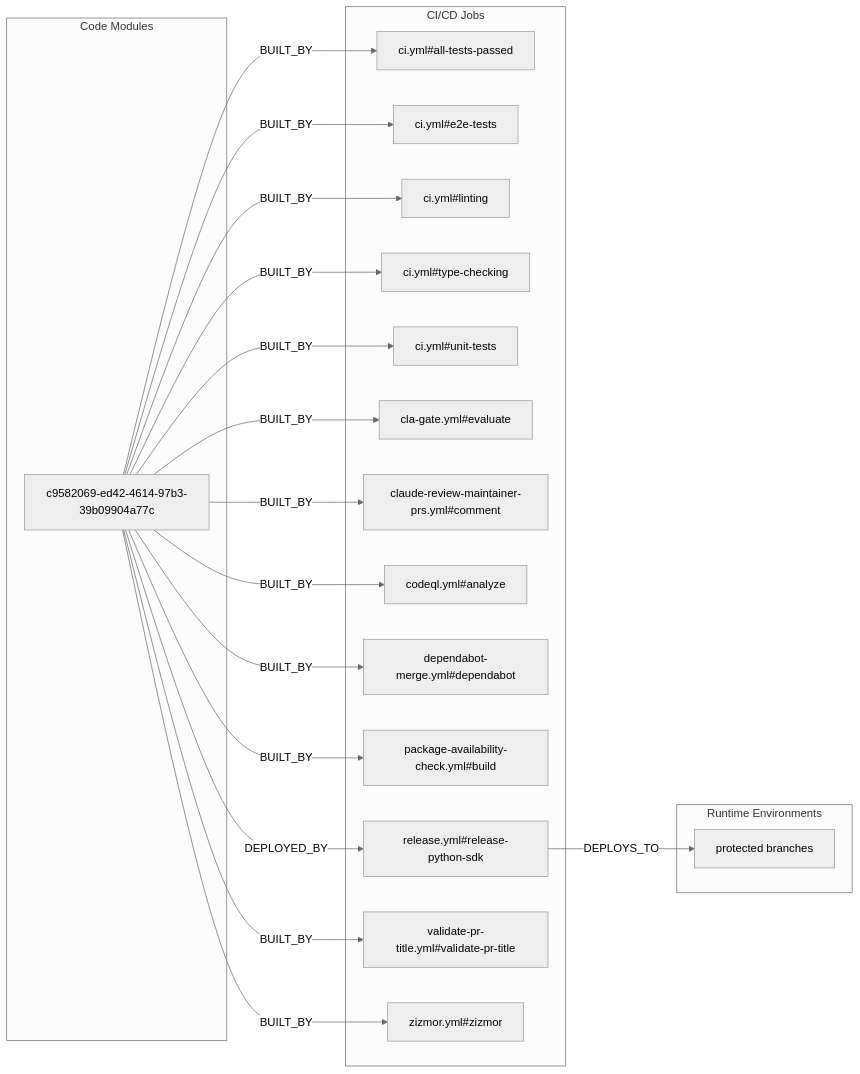
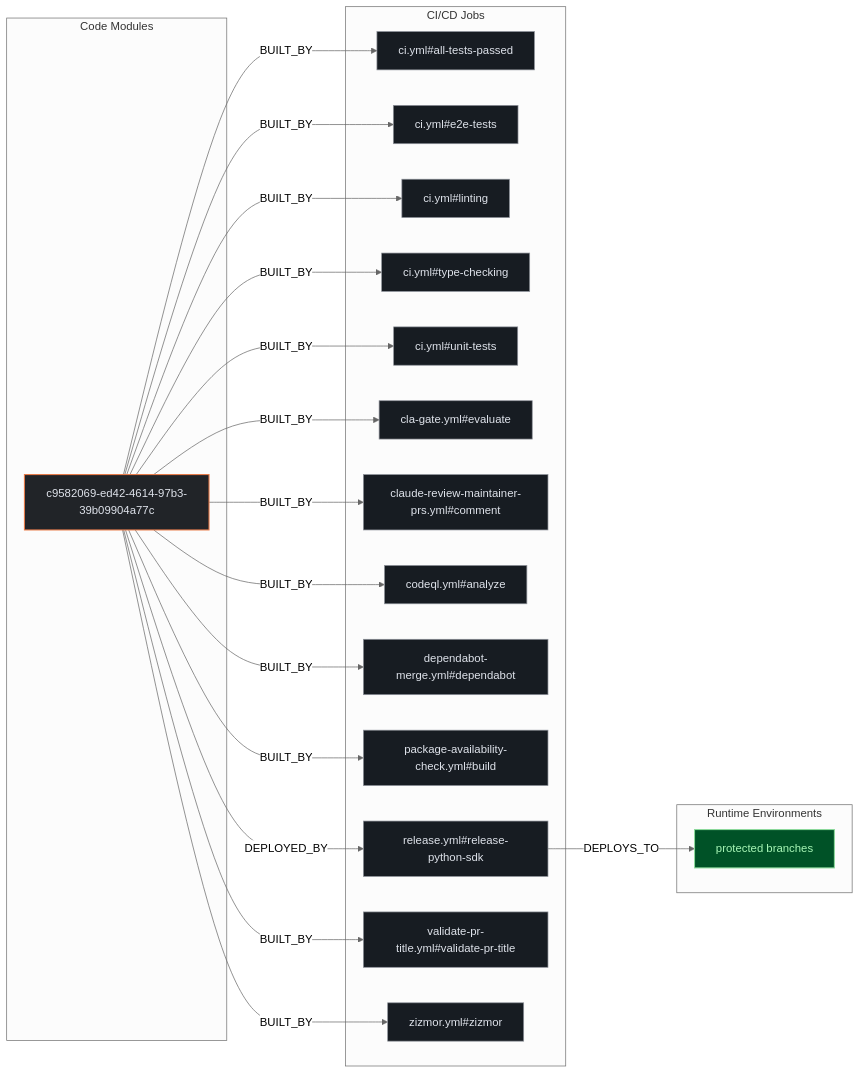
Before and after one commit to kumarshaz/atruss-code-atlas: the second of 3 diagrams in exports/latest/reports/langfuse-langfuse-python-report.md, drawn with Mermaid (neutral theme). The commit also changed other lines of this file and 331 other files, not shown here.

Commit message:
docs,ui,fix: update SDLC docs, reorder CI/CD DAG first, stylize Mermaid, and fix Arc42 pipeline topology

````diff
--- a/exports/latest/reports/langfuse-langfuse-python-report.md
+++ b/exports/latest/reports/langfuse-langfuse-python-report.md
@@ -162,38 +169,42 @@
 ```mermaid
 flowchart LR
+    classDef atlasCategory fill:#212428,stroke:#E87A48,stroke-width:1.5px,color:#dfe3eb
+    classDef atlasWorkflow fill:#1b2026,stroke:#a3c9ff,stroke-width:1.5px,color:#dfe3eb
+    classDef atlasJob fill:#171c22,stroke:#8d9199,stroke-width:1px,color:#dfe3eb
+    classDef atlasTarget fill:#005227,stroke:#8bd99b,stroke-width:1.5px,color:#a7f6b6
     subgraph code_modules["Code Modules"]
-        mod_c9582069_ed42_4614_97b3_39b09904a77c["c9582069-ed42-4614-97b3-39b09904a77c"]
+        mod_c9582069_ed42_4614_97b3_39b09904a77c["c9582069-ed42-4614-97b3-39b09904a77c"]:::atlasCategory
     end
     subgraph ci_jobs["CI/CD Jobs"]
-        job_ci_yml_all_tests_passed["ci.yml#all-tests-passed"]
-        job_ci_yml_e2e_tests["ci.yml#e2e-tests"]
-        job_ci_yml_linting["ci.yml#linting"]
-        job_ci_yml_type_checking["ci.yml#type-checking"]
-        job_ci_yml_unit_tests["ci.yml#unit-tests"]
-        job_cla_gate_yml_evaluate["cla-gate.yml#evaluate"]
-        job_claude_review_maintainer_prs_yml_comment["claude-review-maintainer-prs.yml#comment"]
-        job_codeql_yml_analyze["codeql.yml#analyze"]
-        job_dependabot_merge_yml_dependabot["dependabot-merge.yml#dependabot"]
-        job_package_availability_check_yml_build["package-availability-check.yml#build"]
-        job_release_yml_release_python_sdk["release.yml#release-python-sdk"]
-        job_validate_pr_title_yml_validate_pr_title["validate-pr-title.yml#validate-pr-title"]
-        job_zizmor_yml_zizmor["zizmor.yml#zizmor"]
+        job_ci_yml_all_tests_passed["ci.yml#all-tests-passed"]:::atlasJob
+        job_ci_yml_e2e_tests["ci.yml#e2e-tests"]:::atlasJob
+        job_ci_yml_linting["ci.yml#linting"]:::atlasJob
+        job_ci_yml_type_checking["ci.yml#type-checking"]:::atlasJob
+        job_ci_yml_unit_tests["ci.yml#unit-tests"]:::atlasJob
+        job_cla_gate_yml_evaluate["cla-gate.yml#evaluate"]:::atlasJob
+        job_claude_review_maintainer_prs_yml_comment["claude-review-maintainer-prs.yml#comment"]:::atlasJob
+        job_codeql_yml_analyze["codeql.yml#analyze"]:::atlasJob
+        job_dependabot_merge_yml_dependabot["dependabot-merge.yml#dependabot"]:::atlasJob
+        job_package_availability_check_yml_build["package-availability-check.yml#build"]:::atlasJob
+        job_release_yml_release_python_sdk["release.yml#release-python-sdk"]:::atlasJob
+        job_validate_pr_title_yml_validate_pr_title["validate-pr-title.yml#validate-pr-title"]:::atlasJob
+        job_zizmor_yml_zizmor["zizmor.yml#zizmor"]:::atlasJob
     end
     subgraph runtime_envs["Runtime Environments"]
-        env_protected_branches["protected branches"]
+        env_protected_branches["protected branches"]:::atlasTarget
     end
     job_release_yml_release_python_sdk -->|DEPLOYS_TO| env_protected_branches
     mod_c9582069_ed42_4614_97b3_39b09904a77c -->|BUILT_BY| job_ci_yml_all_tests_passed
     mod_c9582069_ed42_4614_97b3_39b09904a77c -->|BUILT_BY| job_ci_yml_e2e_tests
     mod_c9582069_ed42_4614_97b3_39b09904a77c -->|BUILT_BY| job_ci_yml_linting
     mod_c9582069_ed42_4614_97b3_39b09904a77c -->|BUILT_BY| job_ci_yml_type_checking
     mod_c9582069_ed42_4614_97b3_39b09904a77c -->|BUILT_BY| job_ci_yml_unit_tests
     mod_c9582069_ed42_4614_97b3_39b09904a77c -->|BUILT_BY| job_cla_gate_yml_evaluate
     mod_c9582069_ed42_4614_97b3_39b09904a77c -->|BUILT_BY| job_claude_review_maintainer_prs_yml_comment
     mod_c9582069_ed42_4614_97b3_39b09904a77c -->|BUILT_BY| job_codeql_yml_analyze
     mod_c9582069_ed42_4614_97b3_39b09904a77c -->|BUILT_BY| job_dependabot_merge_yml_dependabot
     mod_c9582069_ed42_4614_97b3_39b09904a77c -->|BUILT_BY| job_package_availability_check_yml_build
     mod_c9582069_ed42_4614_97b3_39b09904a77c -->|BUILT_BY| job_validate_pr_title_yml_validate_pr_title
     mod_c9582069_ed42_4614_97b3_39b09904a77c -->|BUILT_BY| job_zizmor_yml_zizmor
     mod_c9582069_ed42_4614_97b3_39b09904a77c -->|DEPLOYED_BY| job_release_yml_release_python_sdk
 ```
````
